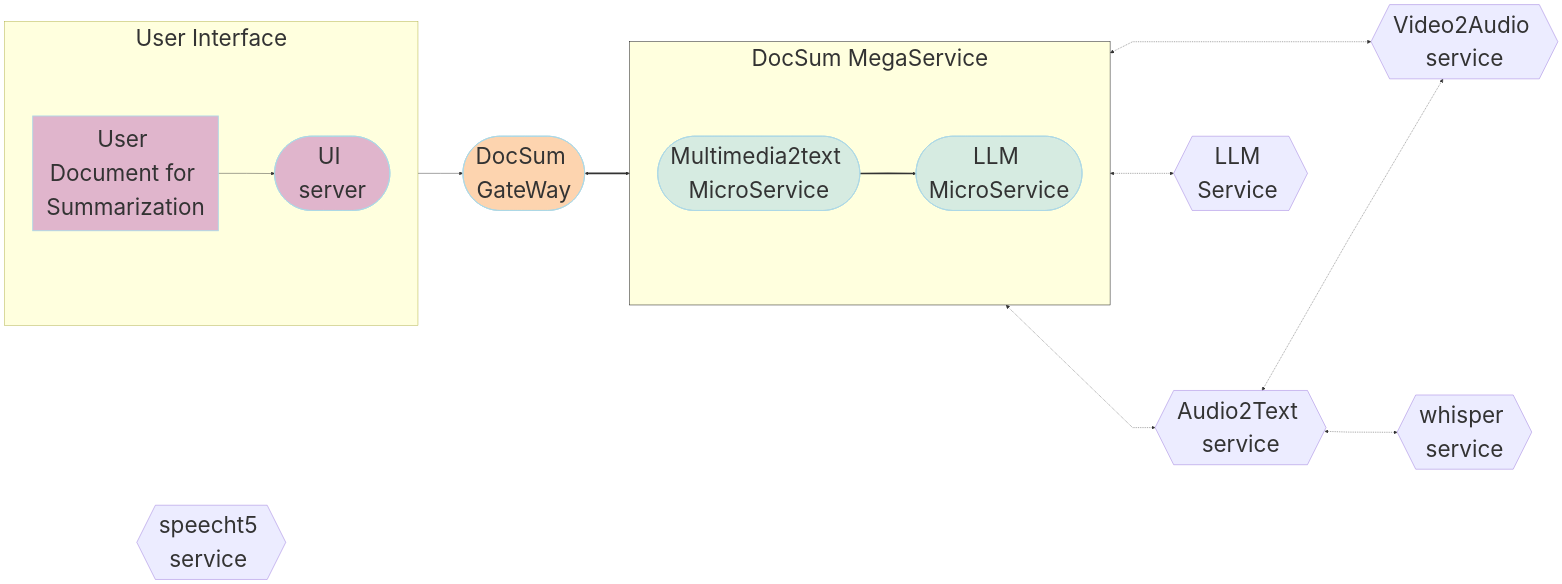
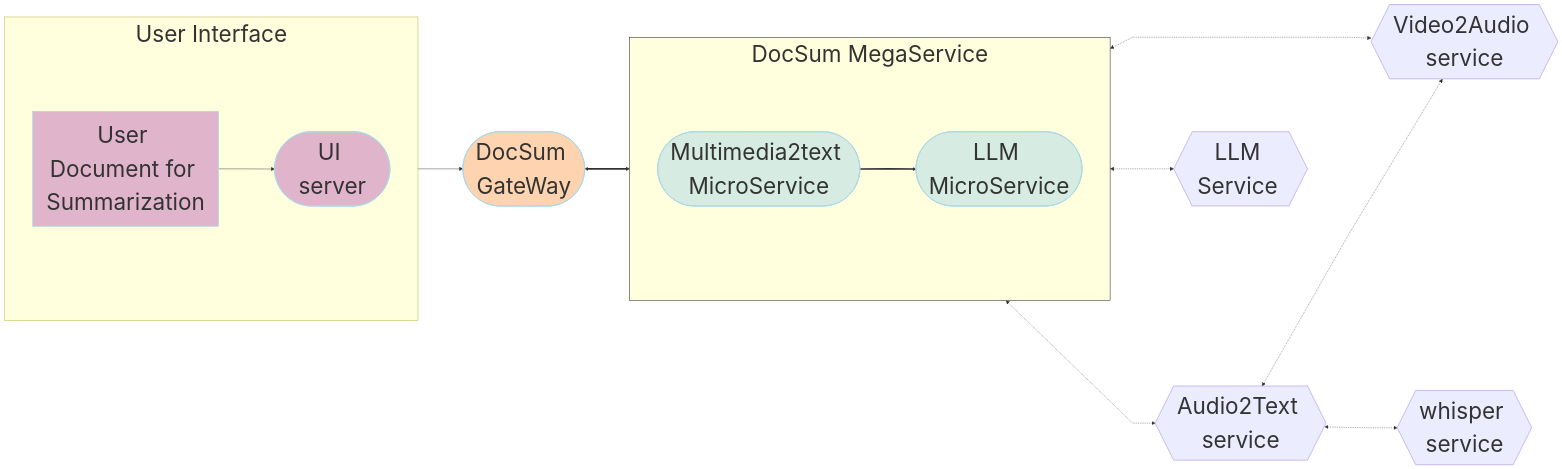
The second of 2 diagrams in DocSum/README.md (opea-project/GenAIExamples), drawn with Mermaid before and after one commit. The commit also changed other lines of this file, not shown here.

Commit message:
update read me file

````diff
--- a/DocSum/README.md
+++ b/DocSum/README.md
@@ -129,55 +129,54 @@
 ```mermaid
 ---
 config:
   flowchart:
     nodeSpacing: 400
     rankSpacing: 100
     curve: linear
   themeVariables:
     fontSize: 50px
 ---
 flowchart LR
     %% Colors %%
     classDef blue fill:#ADD8E6,stroke:#ADD8E6,stroke-width:2px,fill-opacity:0.5
     classDef orange fill:#FBAA60,stroke:#ADD8E6,stroke-width:2px,fill-opacity:0.5
     classDef orchid fill:#C26DBC,stroke:#ADD8E6,stroke-width:2px,fill-opacity:0.5
     classDef invisible fill:transparent,stroke:transparent;
     style DocSum-MegaService stroke:#000000
 
     %% Subgraphs %%
     subgraph DocSum-MegaService["DocSum MegaService "]
         direction LR
         M2T([Multimedia2text MicroService]):::blue
         LLM([LLM MicroService]):::blue
     end
     subgraph UserInterface[" User Interface "]
         direction LR
         a([User Input Query]):::orchid
         UI([UI server<br>]):::orchid
     end
 
 
     A2T_SRV{{Audio2Text service<br>}}
     V2A_SRV{{Video2Audio service<br>}}
     WSP_SRV{{whisper service<br>}}
-    SPC_SRV{{speecht5 service <br>}}
     LLM_gen{{LLM Service <br>}}
     GW([DocSum GateWay<br>]):::orange
 
 
     %% Questions interaction
     direction LR
     a[User Document for Summarization] --> UI
     UI --> GW
     GW <==> DocSum-MegaService
     M2T ==> LLM
     
     %% Embedding service flow
     direction LR
     M2T <-.-> V2A_SRV
     M2T <-.-> A2T_SRV <-.-> WSP_SRV
     A2T_SRV <-.-> V2A_SRV 
     LLM <-.-> LLM_gen
 
 
 ```
````
